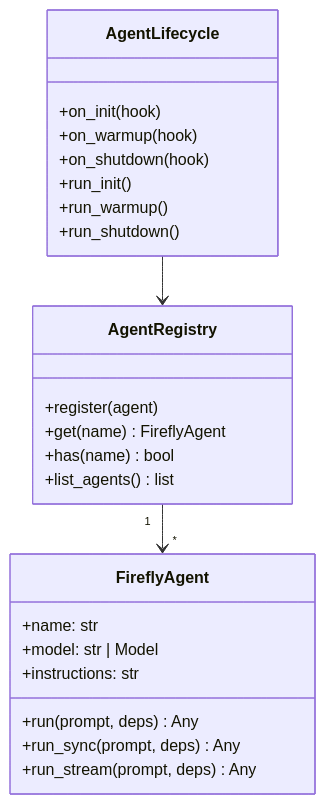
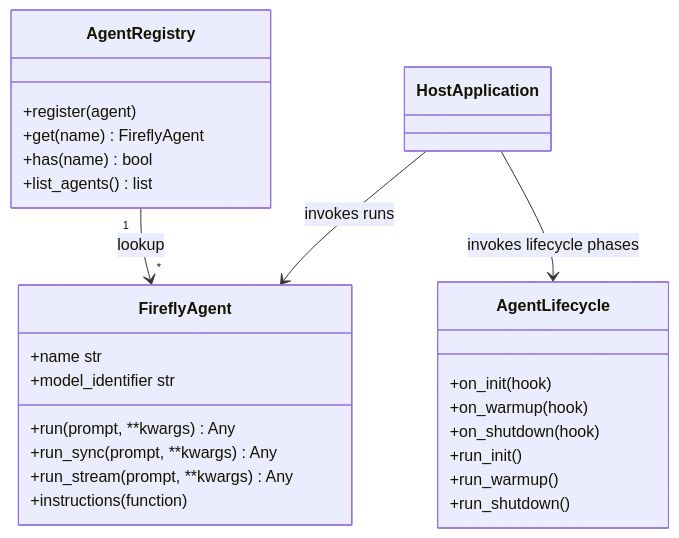
The first of 4 diagrams in docs/agents.md (fireflyframework/fireflyframework-agentic), drawn with Mermaid before and after one commit. The commit also changed other lines of this file and 49 other files, not shown here.

Commit message:
Align diagrams and guides with framework behavior

````diff
--- a/docs/agents.md
+++ b/docs/agents.md
@@ -20,30 +20,29 @@
 ```mermaid
 classDiagram
     class FireflyAgent {
-        +name: str
-        +model: str | Model
-        +instructions: str
-        +run(prompt, deps) Any
-        +run_sync(prompt, deps) Any
-        +run_stream(prompt, deps) Any
+        +name str
+        +model_identifier str
+        +run(prompt, **kwargs) Any
+        +run_sync(prompt, **kwargs) Any
+        +run_stream(prompt, **kwargs) Any
+        +instructions(function)
     }
-
     class AgentRegistry {
         +register(agent)
         +get(name) FireflyAgent
         +has(name) bool
         +list_agents() list
     }
-
     class AgentLifecycle {
         +on_init(hook)
         +on_warmup(hook)
         +on_shutdown(hook)
         +run_init()
         +run_warmup()
         +run_shutdown()
     }
-
-    AgentRegistry "1" --> "*" FireflyAgent
-    AgentLifecycle --> AgentRegistry
+    class HostApplication
+    AgentRegistry "1" --> "*" FireflyAgent : lookup
+    HostApplication --> AgentLifecycle : invokes lifecycle phases
+    HostApplication --> FireflyAgent : invokes runs
 ```
````
